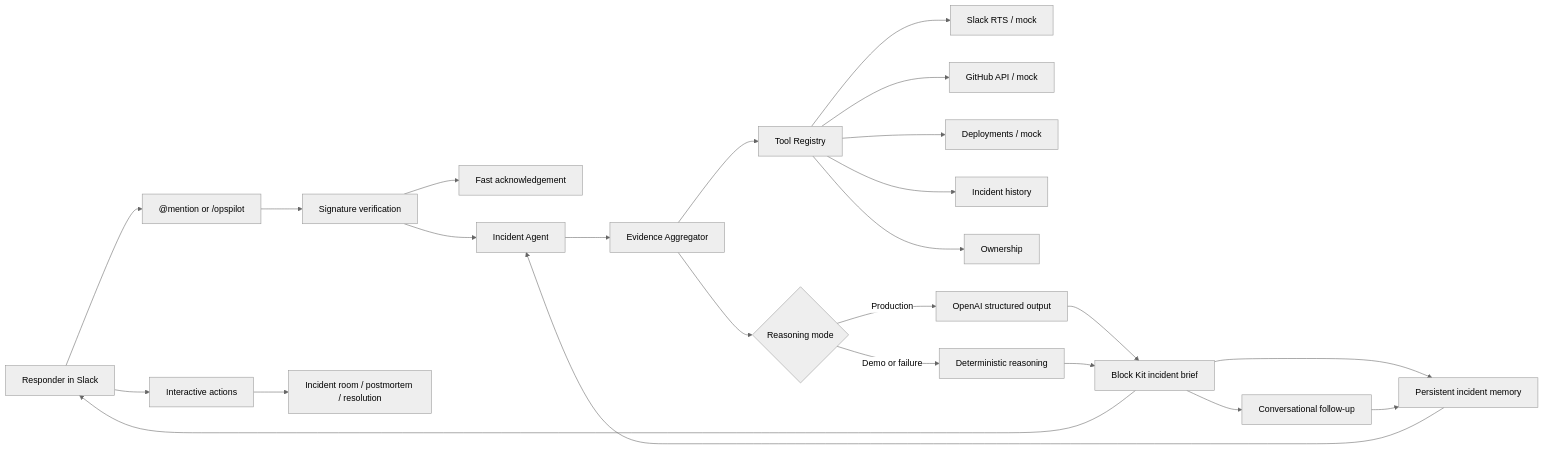
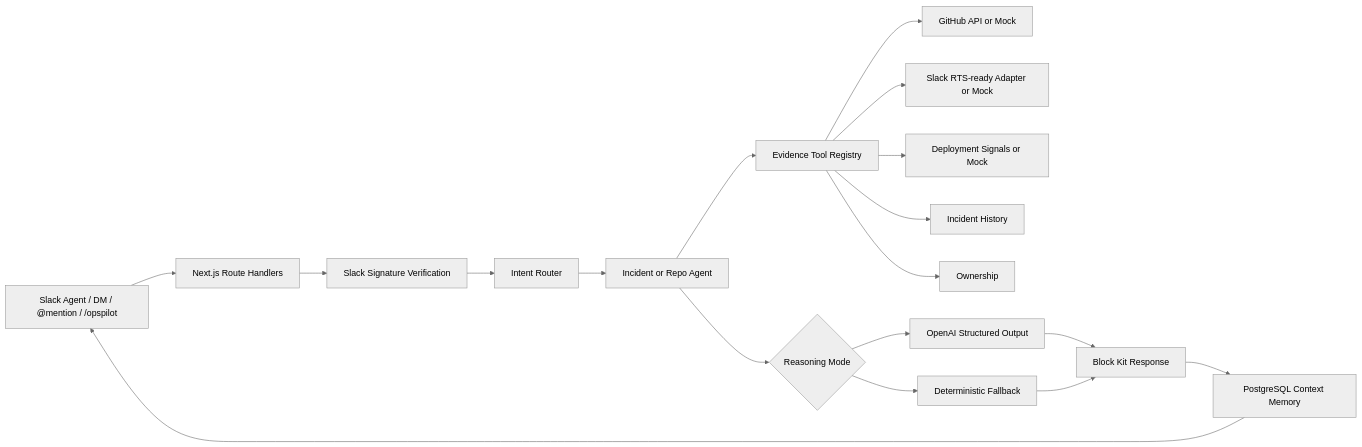
One commit to jumbomuffin101/opspilot changed the diagram in README.md. Above: the diagram before and after it, drawn with Mermaid (neutral theme). The commit also changed other lines of this file and 25 other files, not shown here.

````diff
--- a/README.md
+++ b/README.md
@@ -102,26 +129,20 @@
 ```mermaid
 flowchart LR
-    U["Responder in Slack"] --> C["@mention or /opspilot"]
-    C --> V["Signature verification"]
-    V --> A["Fast acknowledgement"]
-    V --> I["Incident Agent"]
-    I --> E["Evidence Aggregator"]
-    E --> T["Tool Registry"]
-    T --> S["Slack RTS / mock"]
-    T --> G["GitHub API / mock"]
-    T --> D["Deployments / mock"]
-    T --> H["Incident history"]
-    T --> O["Ownership"]
-    E --> R{"Reasoning mode"}
-    R -->|"Production"| AI["OpenAI structured output"]
-    R -->|"Demo or failure"| F["Deterministic reasoning"]
-    AI --> B["Block Kit incident brief"]
-    F --> B
-    B --> U
-    B --> M["Persistent incident memory"]
-    U --> X["Interactive actions"]
-    X --> W["Incident room / postmortem / resolution"]
-    B --> Q["Conversational follow-up"]
-    Q --> M
-    M --> I
+    Slack["Slack Agent / DM / @mention / /opspilot"] --> Routes["Next.js Route Handlers"]
+    Routes --> Verify["Slack Signature Verification"]
+    Verify --> Router["Intent Router"]
+    Router --> Agent["Incident or Repo Agent"]
+    Agent --> Tools["Evidence Tool Registry"]
+    Tools --> GitHub["GitHub API or Mock"]
+    Tools --> SlackSearch["Slack RTS-ready Adapter or Mock"]
+    Tools --> Deployments["Deployment Signals or Mock"]
+    Tools --> History["Incident History"]
+    Tools --> Owners["Ownership"]
+    Agent --> Reasoning{"Reasoning Mode"}
+    Reasoning --> AI["OpenAI Structured Output"]
+    Reasoning --> Deterministic["Deterministic Fallback"]
+    AI --> SlackBlocks["Block Kit Response"]
+    Deterministic --> SlackBlocks
+    SlackBlocks --> Memory["PostgreSQL Context Memory"]
+    Memory --> Slack
 ```
````
